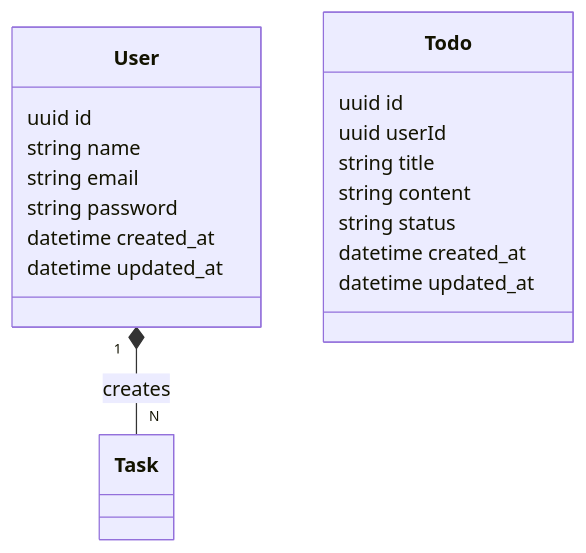
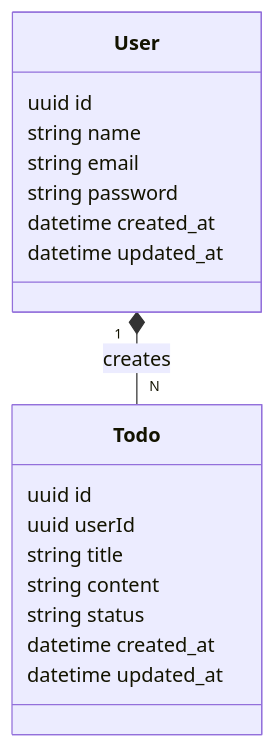
One commit to wesleybertipaglia/demo-dotnet-todo changed the diagram in README.md. Above: the diagram before and after it, drawn with Mermaid.

Commit message:
style: update README
change Task to Todo

````diff
--- a/README.md
+++ b/README.md
@@ -17,23 +17,23 @@
 ```mermaid
 classDiagram
     class User {
         uuid id
         string name
         string email
         string password
         datetime created_at
         datetime updated_at
     }
     
     class Todo {
         uuid id
         uuid userId
         string title
         string content
         string status
         datetime created_at
         datetime updated_at
     }
 
-    User "1" *-- "N" Task : creates
+    User "1" *-- "N" Todo : creates
 ```
````
